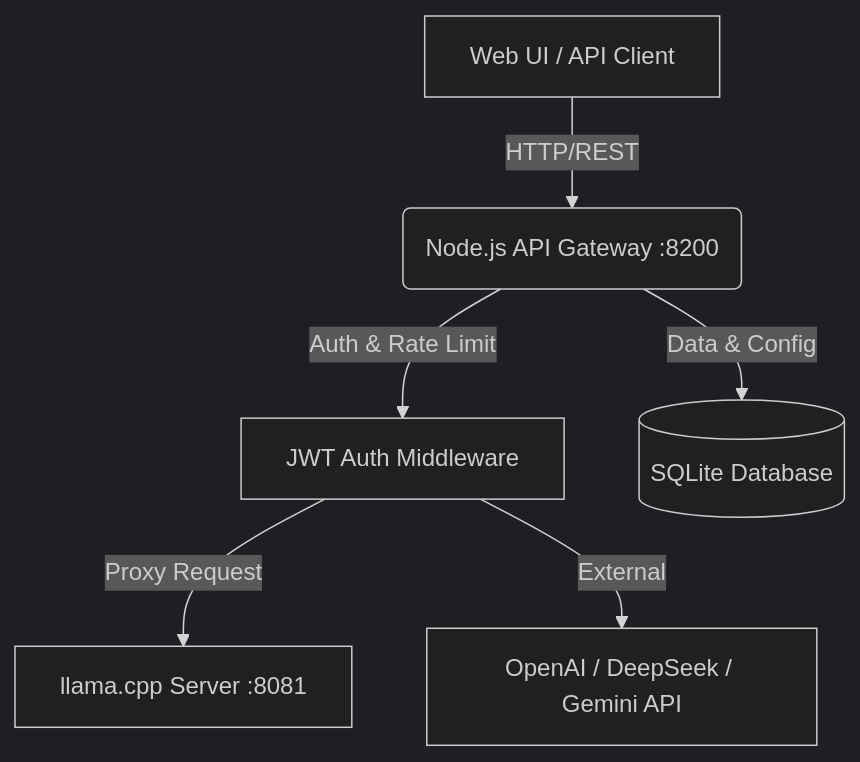
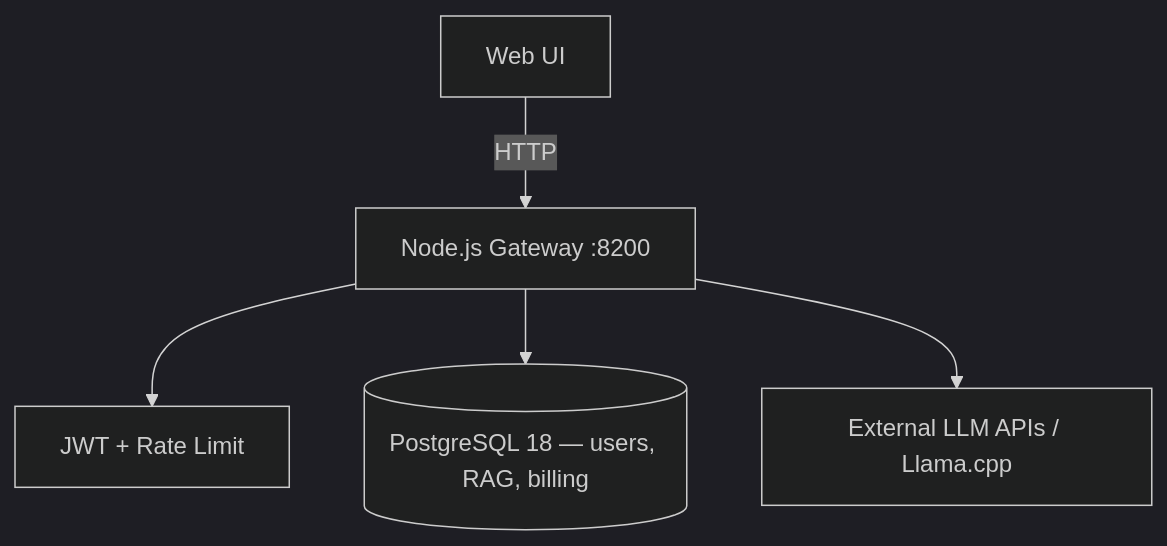
Before and after one commit to loginovfedor-spec/avgexpert: the diagram in README.md, drawn with Mermaid (dark theme). The commit also changed other lines of this file and 516 other files, not shown here.

First line of the commit message:
Complete TypeScript migration with USD billing and WebUI rewrite.

````diff
--- a/README.md
+++ b/README.md
@@ -47,8 +42,7 @@
 ```mermaid
 graph TD
-    Client[Web UI / API Client] -->|HTTP/REST| Gateway(Node.js API Gateway :8200)
-    Gateway -->|Auth & Rate Limit| Auth[JWT Auth Middleware]
-    Gateway -->|Data & Config| DB[(SQLite Database)]
-    Auth -->|Proxy Request| Llama[llama.cpp Server :8081]
-    Auth -->|External| OpenAI[OpenAI / DeepSeek / Gemini API]
+    Client[Web UI] -->|HTTP| Gateway[Node.js Gateway :8200]
+    Gateway --> Auth[JWT + Rate Limit]
+    Gateway --> PG[(PostgreSQL 18 — users, RAG, billing)]
+    Gateway --> LLM[External LLM APIs / Llama.cpp]
 ```
````
